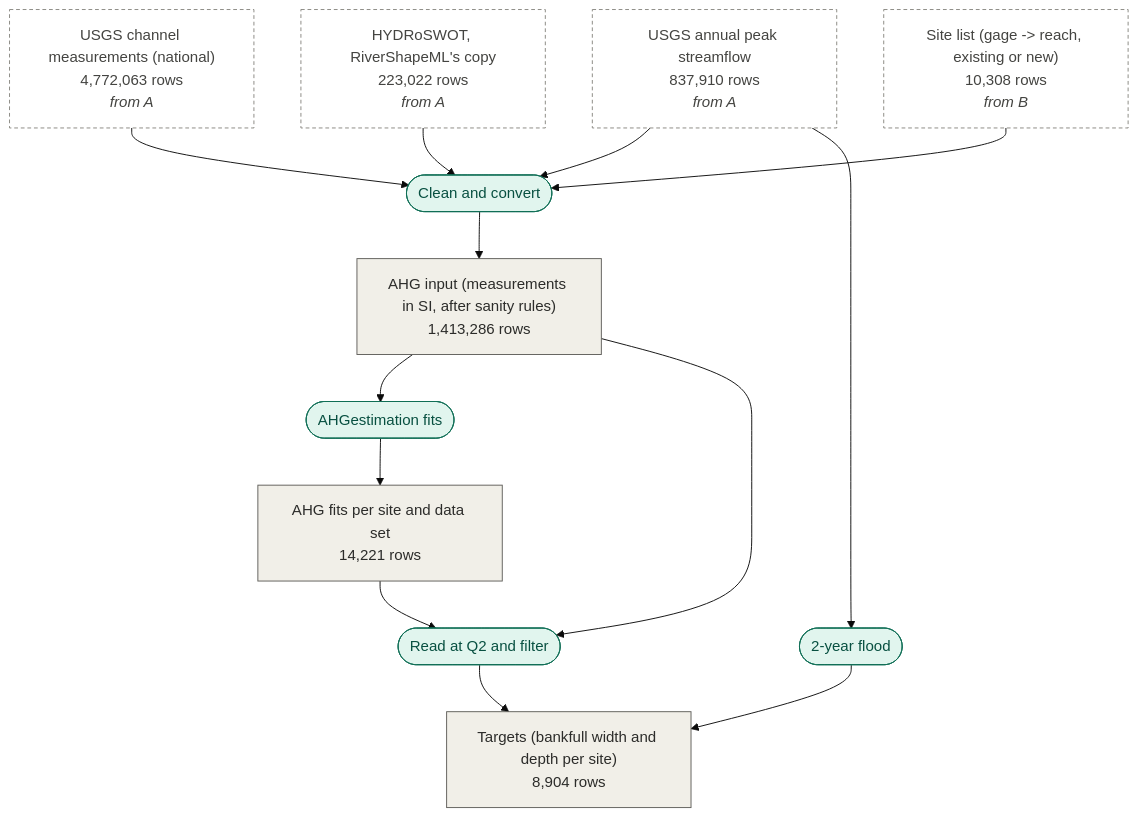
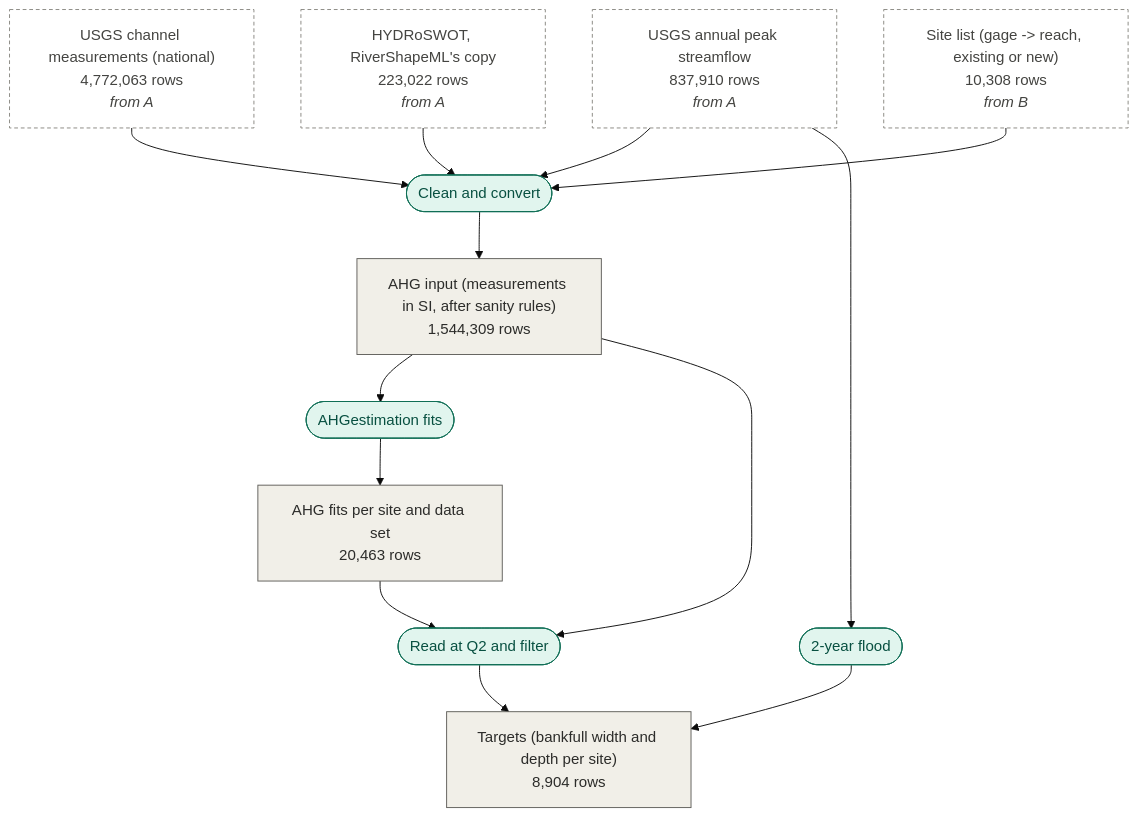
One commit to drmerlot/rivershapeml-more-data changed the fourth of 7 diagrams in docs/data_lineage.md. Above: the diagram before and after it, drawn with Mermaid (base theme). The commit also changed other lines of this file and 1 other file, not shown here.

````diff
--- a/docs/data_lineage.md
+++ b/docs/data_lineage.md
@@ -431,29 +431,29 @@
 ```mermaid
 flowchart TD
-  ahg_fits["AHG fits per site and data set<br/>14,221 rows"]:::table
-  ahg_input["AHG input (measurements in SI, after sanity rules)<br/>1,413,286 rows"]:::table
+  ahg_fits["AHG fits per site and data set<br/>20,463 rows"]:::table
+  ahg_input["AHG input (measurements in SI, after sanity rules)<br/>1,544,309 rows"]:::table
   hydroswot["HYDRoSWOT, RiverShapeML's copy<br/>223,022 rows<br/><i>from A</i>"]:::external
   retrain_sites["Site list (gage -&gt; reach, existing or new)<br/>10,308 rows<br/><i>from B</i>"]:::external
   targets["Targets (bankfull width and depth per site)<br/>8,904 rows"]:::table
   usgs_channel_measurements["USGS channel measurements (national)<br/>4,772,063 rows<br/><i>from A</i>"]:::external
   usgs_peaks["USGS annual peak streamflow<br/>837,910 rows<br/><i>from A</i>"]:::external
   op_clean_convert(["Clean and convert"]):::op
   usgs_channel_measurements --> op_clean_convert
   hydroswot --> op_clean_convert
   retrain_sites --> op_clean_convert
   usgs_peaks --> op_clean_convert
   op_clean_convert --> ahg_input
   op_ahg_fit(["AHGestimation fits"]):::op
   ahg_input --> op_ahg_fit
   op_ahg_fit --> ahg_fits
   op_two_year_flood(["2-year flood"]):::op
   usgs_peaks --> op_two_year_flood
   op_two_year_flood --> targets
   op_read_and_filter(["Read at Q2 and filter"]):::op
   ahg_fits --> op_read_and_filter
   ahg_input --> op_read_and_filter
   op_read_and_filter --> targets
   classDef table fill:#F1EFE8,stroke:#5F5E5A,color:#2C2C2A
   classDef external fill:#ffffff,stroke:#888780,stroke-dasharray:4 3,color:#444441
   classDef op fill:#E1F5EE,stroke:#0F6E56,color:#085041
 ```
````
